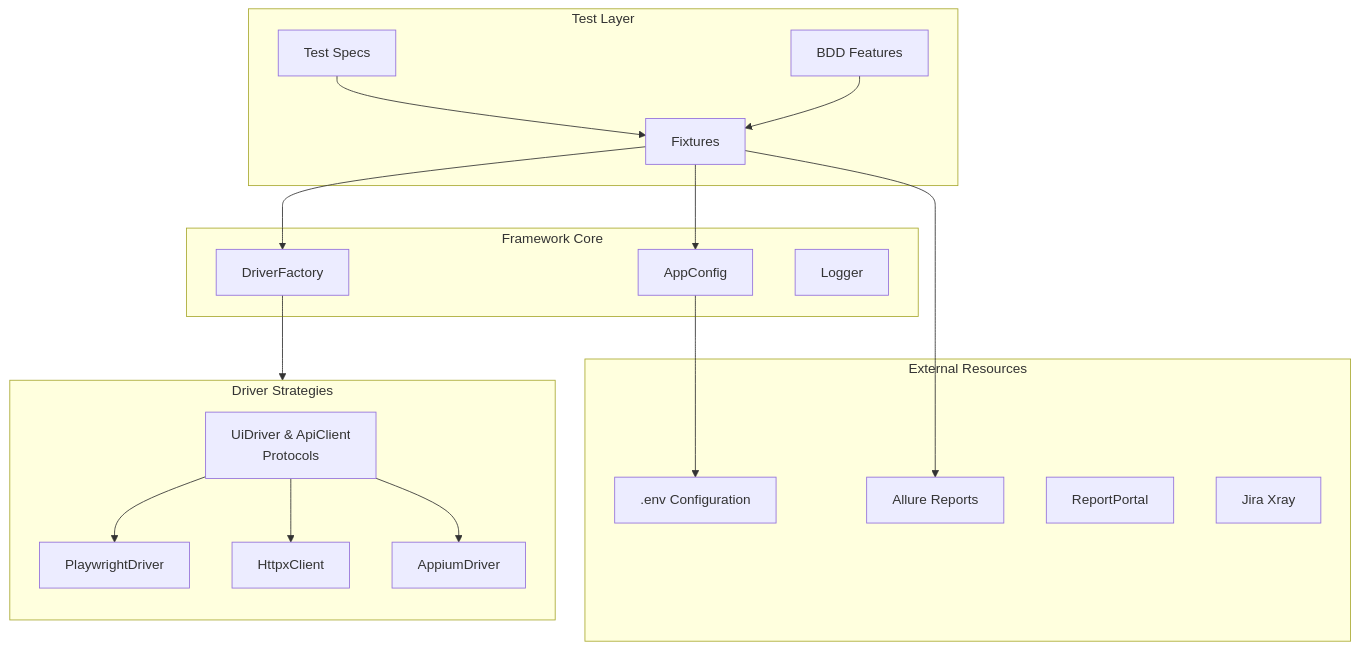
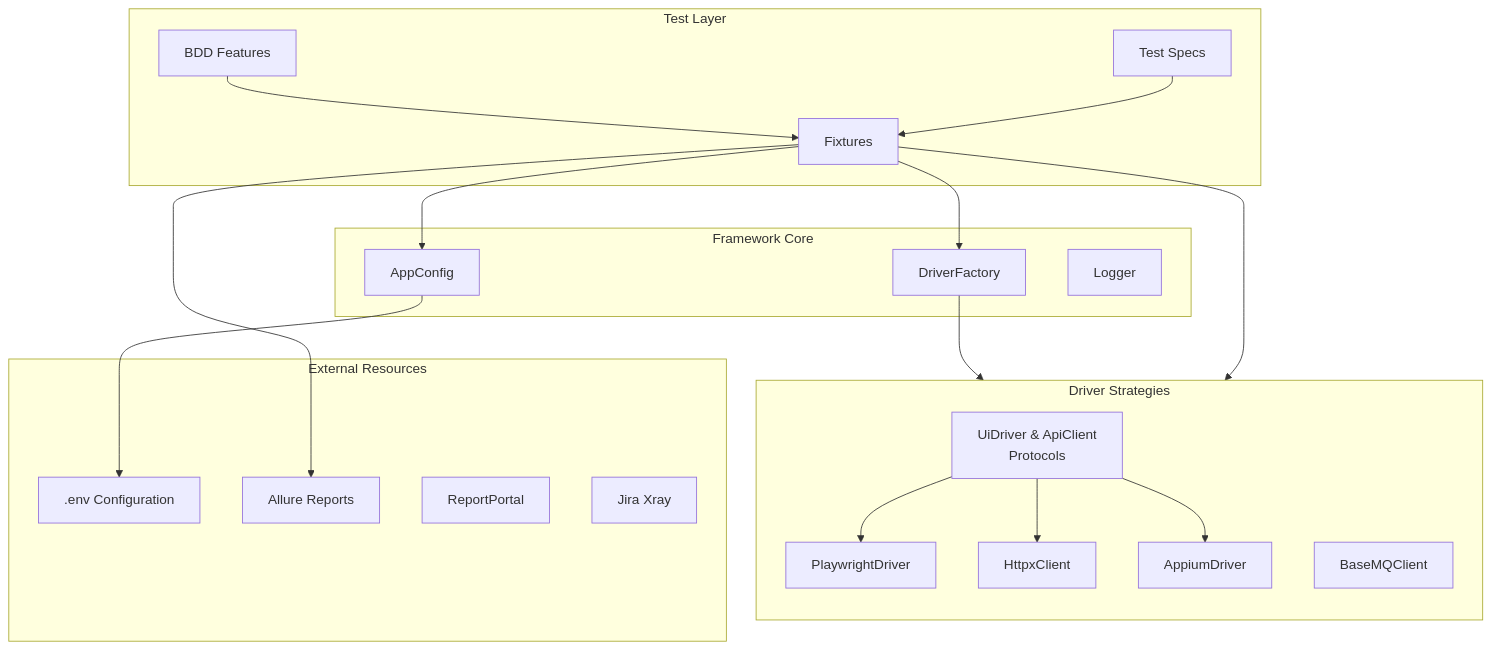
One commit to vinipx/taflex-python-modular changed the first of 3 diagrams in docs/architecture/overview.md. Above: the diagram before and after it, drawn with Mermaid.

Commit message:
docs: include MQ Client in high-level architecture diagram

````diff
--- a/docs/architecture/overview.md
+++ b/docs/architecture/overview.md
@@ -23,42 +23,44 @@
 ```mermaid
 flowchart TB
     subgraph "Test Layer"
         TC[Test Specs]
         BDD[BDD Features]
         FIX[Fixtures]
     end
 
     subgraph "Framework Core"
         DF[DriverFactory]
         CM[AppConfig]
         LOG[Logger]
     end
 
     subgraph "Driver Strategies"
         direction TB
         ADS[UiDriver & ApiClient<br/>Protocols]
         PD[PlaywrightDriver]
         HC[HttpxClient]
         AD[AppiumDriver]
+        MQC[BaseMQClient]
     end
 
     subgraph "External Resources"
         ENV[.env Configuration]
         ALR[Allure Reports]
         RP[ReportPortal]
         XRAY[Jira Xray]
     end
 
     TC --> FIX
     BDD --> FIX
     FIX --> DF
     FIX --> CM
+    FIX --> MQC
 
     DF --> ADS
     ADS --> PD
     ADS --> HC
     ADS --> AD
 
     CM --> ENV
     FIX --> ALR
 ```
````
